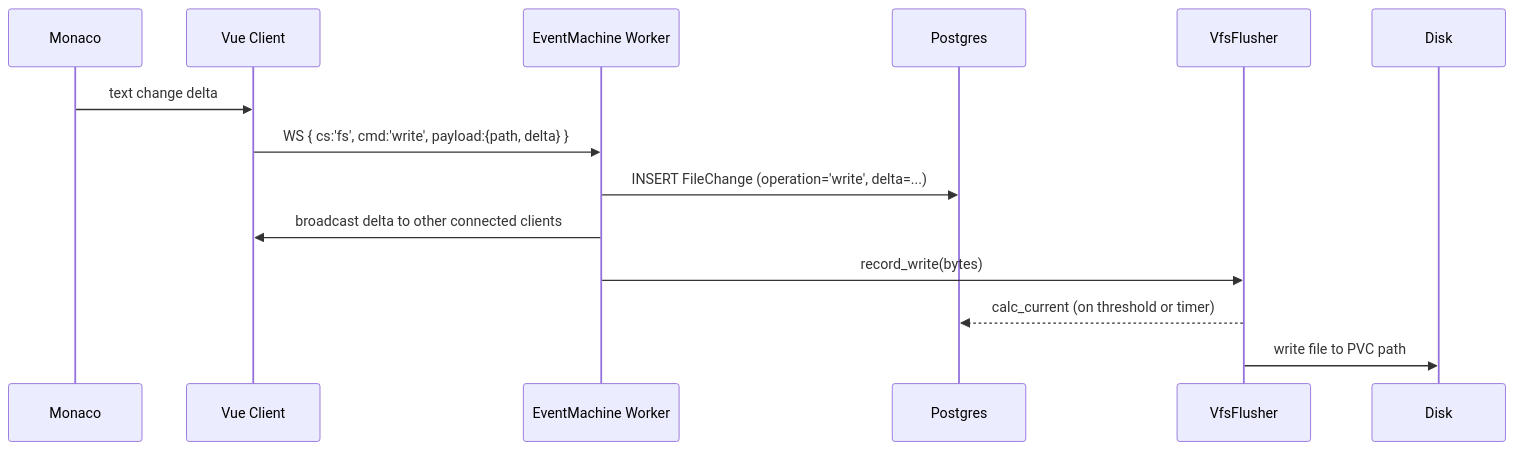
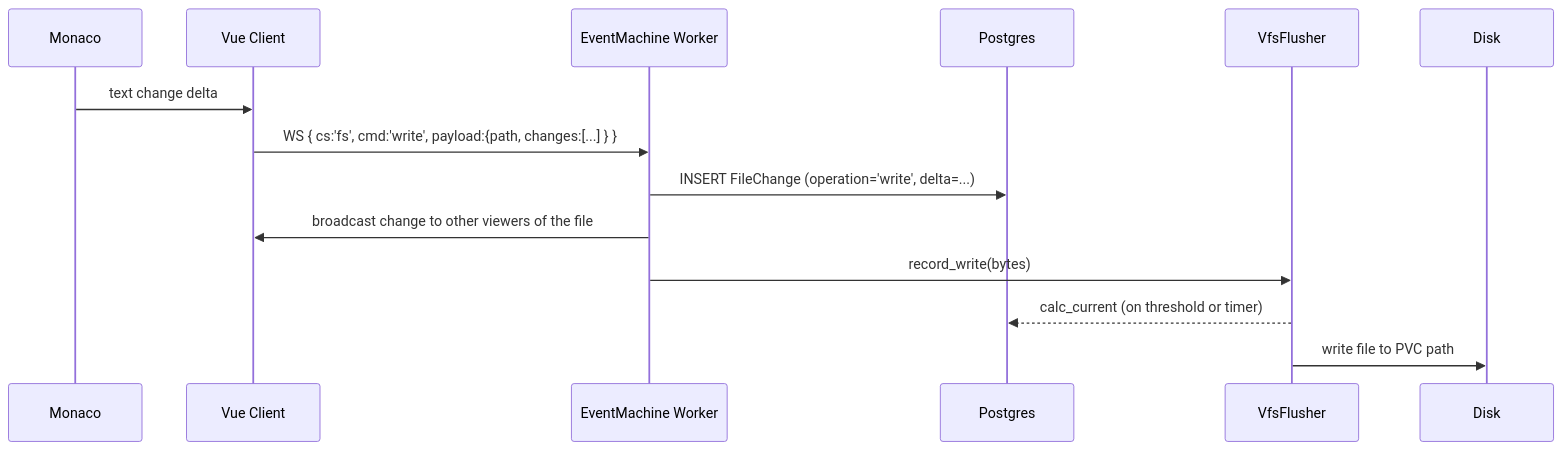
The second of 2 diagrams in src/content/docs/architecture/filesystem.mdx (fdimitri/carbide2-docs), drawn with Mermaid before and after one commit. The commit also changed 11 other files, not shown here.

````diff
--- a/src/content/docs/architecture/filesystem.mdx
+++ b/src/content/docs/architecture/filesystem.mdx
@@ -85,17 +85,17 @@
 ```mermaid
 sequenceDiagram
   participant Monaco
   participant Client as Vue Client
   participant Worker as EventMachine Worker
   participant DB as Postgres
   participant Flusher as VfsFlusher
   participant Disk
 
   Monaco->>Client: text change delta
-  Client->>Worker: WS { cs:'fs', cmd:'write', payload:{path, delta} }
+  Client->>Worker: WS { cs:'fs', cmd:'write', payload:{path, changes:[...] } }
   Worker->>DB: INSERT FileChange (operation='write', delta=...)
-  Worker->>Client: broadcast delta to other connected clients
+  Worker->>Client: broadcast change to other viewers of the file
   Worker->>Flusher: record_write(bytes)
   Flusher-->>DB: calc_current (on threshold or timer)
   Flusher->>Disk: write file to PVC path
 ```
````
